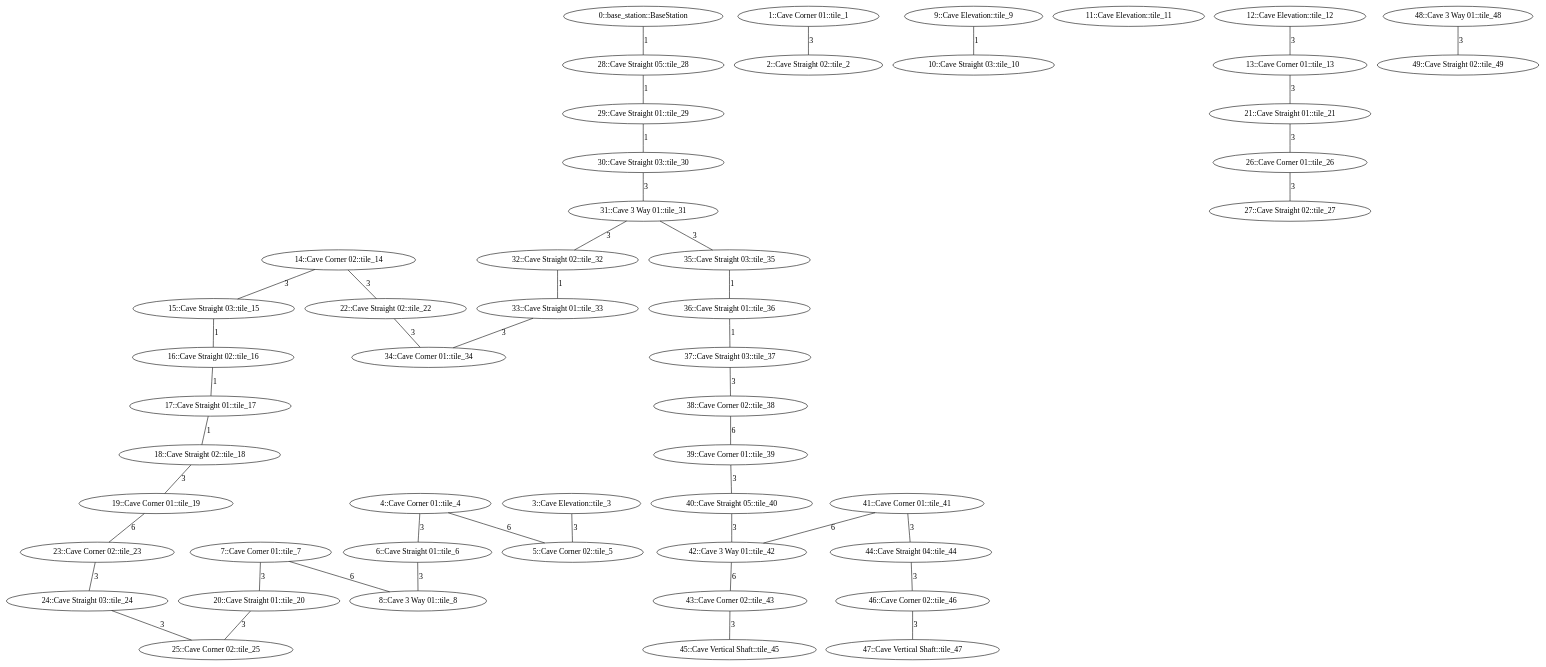
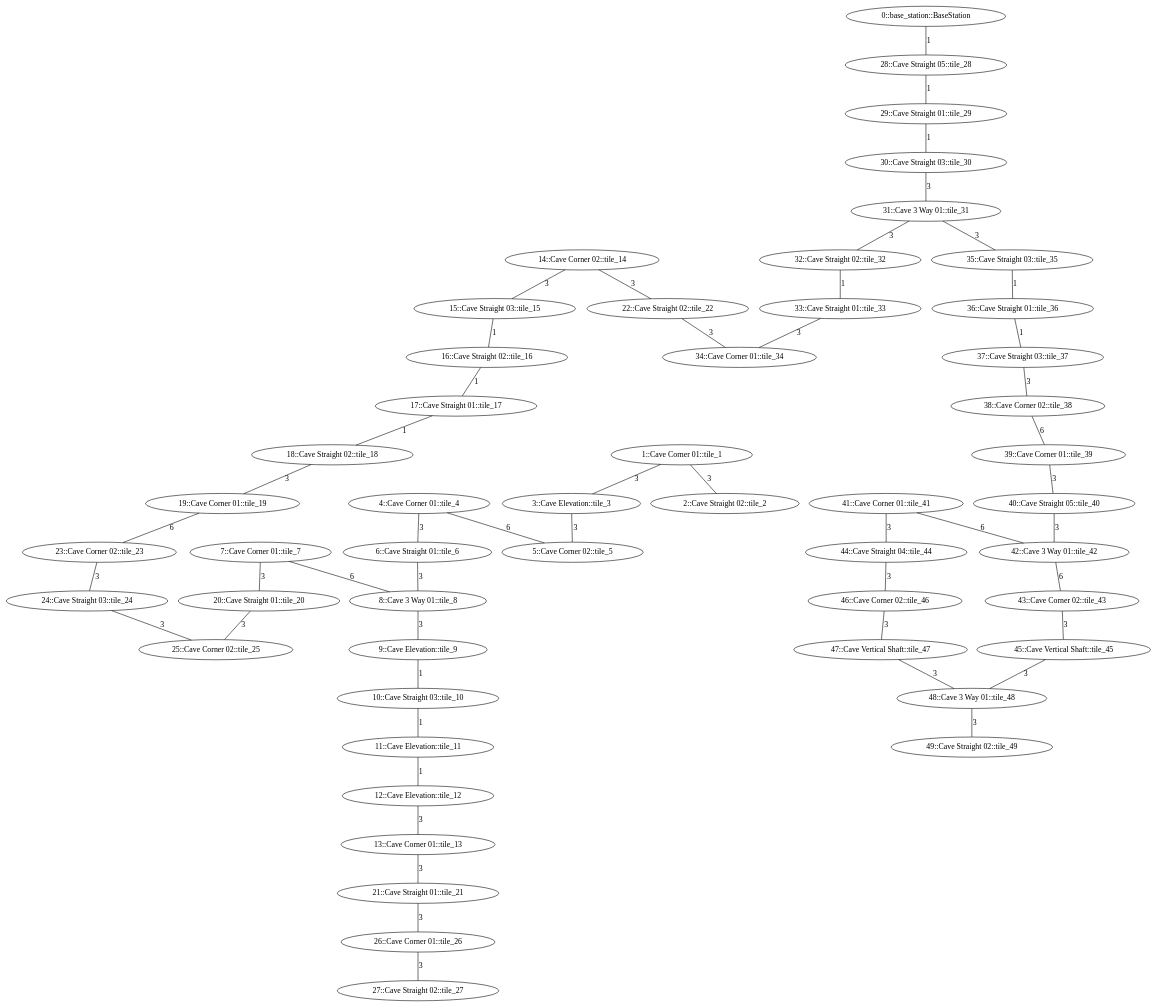
The diagram in subt_ign/worlds/simple_cave_01.dot (osrf/subt), drawn with Graphviz before and after one commit.

Commit message:
fix dot file

```diff
--- a/subt_ign/worlds/simple_cave_01.dot
+++ b/subt_ign/worlds/simple_cave_01.dot
@@ -1,108 +1,114 @@
 /* Visibility graph for simple_cave_01 */
 /* Generated with the generator.py script: */
 /*   __main__.py simple_cave_01.tsv -\-graph-file simple_cave_01.dot -\-world-file simple_cave_01.sdf -\-world-name simple_cave_01 -\-scale_x 25 -\-scale_y 25 -\-cave -\-y0 175 -\-x0 0 -\-z0 0 -\-level_type row_col -\-levels_buf 5 */
 
 graph {
   /* ==== Vertices ==== */
 
   /* Base station / Staging area */
   0   [label="0::base_station::BaseStation"];
 
   1   [label="1::Cave Corner 01::tile_1"];
   2   [label="2::Cave Straight 02::tile_2"];
   3   [label="3::Cave Elevation::tile_3"];
   4   [label="4::Cave Corner 01::tile_4"];
   5   [label="5::Cave Corner 02::tile_5"];
   6   [label="6::Cave Straight 01::tile_6"];
   7   [label="7::Cave Corner 01::tile_7"];
   8   [label="8::Cave 3 Way 01::tile_8"];
   9   [label="9::Cave Elevation::tile_9"];
   10  [label="10::Cave Straight 03::tile_10"];
   11  [label="11::Cave Elevation::tile_11"];
   12  [label="12::Cave Elevation::tile_12"];
   13  [label="13::Cave Corner 01::tile_13"];
   14  [label="14::Cave Corner 02::tile_14"];
   15  [label="15::Cave Straight 03::tile_15"];
   16  [label="16::Cave Straight 02::tile_16"];
   17  [label="17::Cave Straight 01::tile_17"];
   18  [label="18::Cave Straight 02::tile_18"];
   19  [label="19::Cave Corner 01::tile_19"];
   20  [label="20::Cave Straight 01::tile_20"];
   21  [label="21::Cave Straight 01::tile_21"];
   22  [label="22::Cave Straight 02::tile_22"];
   23  [label="23::Cave Corner 02::tile_23"];
   24  [label="24::Cave Straight 03::tile_24"];
   25  [label="25::Cave Corner 02::tile_25"];
   26  [label="26::Cave Corner 01::tile_26"];
   27  [label="27::Cave Straight 02::tile_27"];
   28  [label="28::Cave Straight 05::tile_28"];
   29  [label="29::Cave Straight 01::tile_29"];
   30  [label="30::Cave Straight 03::tile_30"];
   31  [label="31::Cave 3 Way 01::tile_31"];
   32  [label="32::Cave Straight 02::tile_32"];
   33  [label="33::Cave Straight 01::tile_33"];
   34  [label="34::Cave Corner 01::tile_34"];
   35  [label="35::Cave Straight 03::tile_35"];
   36  [label="36::Cave Straight 01::tile_36"];
   37  [label="37::Cave Straight 03::tile_37"];
   38  [label="38::Cave Corner 02::tile_38"];
   39  [label="39::Cave Corner 01::tile_39"];
   40  [label="40::Cave Straight 05::tile_40"];
   41  [label="41::Cave Corner 01::tile_41"];
   42  [label="42::Cave 3 Way 01::tile_42"];
   43  [label="43::Cave Corner 02::tile_43"];
   44  [label="44::Cave Straight 04::tile_44"];
   45  [label="45::Cave Vertical Shaft::tile_45"];
   46  [label="46::Cave Corner 02::tile_46"];
   47  [label="47::Cave Vertical Shaft::tile_47"];
   48  [label="48::Cave 3 Way 01::tile_48"];
   49  [label="49::Cave Straight 02::tile_49"];
 
   /* ==== Edges ==== */
 
   /* Base station */
   0  -- 28  [label=1];
   1  -- 2   [label=3];
+  1  -- 3   [label=3];
   3  -- 5   [label=3];
   4  -- 5   [label=6];
   4  -- 6   [label=3];
   6  -- 8   [label=3];  /* Intersection */
   7  -- 8   [label=6];  /* Intersection */
   7  -- 20  [label=3];
+  8  -- 9   [label=3];  /* Intersection */
   9  -- 10  [label=1];
+  10 -- 11  [label=1];
+  11 -- 12  [label=1];
   12 -- 13  [label=3];
   13 -- 21  [label=3];
   14 -- 15  [label=3];
   14 -- 22  [label=3];
   15 -- 16  [label=1];
   16 -- 17  [label=1];
   17 -- 18  [label=1];
   18 -- 19  [label=3];
   19 -- 23  [label=6];
   20 -- 25  [label=3];
   21 -- 26  [label=3];
   22 -- 34  [label=3];
   23 -- 24  [label=3];
   24 -- 25  [label=3];
   26 -- 27  [label=3];
   28 -- 29  [label=1];
   29 -- 30  [label=1];
   30 -- 31  [label=3];  /* Intersection */
   31 -- 32  [label=3];  /* Intersection */
   31 -- 35  [label=3];  /* Intersection */
   32 -- 33  [label=1];
   33 -- 34  [label=3];
   35 -- 36  [label=1];
   36 -- 37  [label=1];
   37 -- 38  [label=3];
   38 -- 39  [label=6];
   39 -- 40  [label=3];
   40 -- 42  [label=3];  /* Intersection */
   41 -- 42  [label=6];  /* Intersection */
   41 -- 44  [label=3];
   42 -- 43  [label=6];  /* Intersection */
   43 -- 45  [label=3];
   44 -- 46  [label=3];
+  45 -- 48  [label=3];  /* Intersection */
   46 -- 47  [label=3];
+  47 -- 48  [label=3];  /* Intersection */
   48 -- 49  [label=3];  /* Intersection */
 }
```
